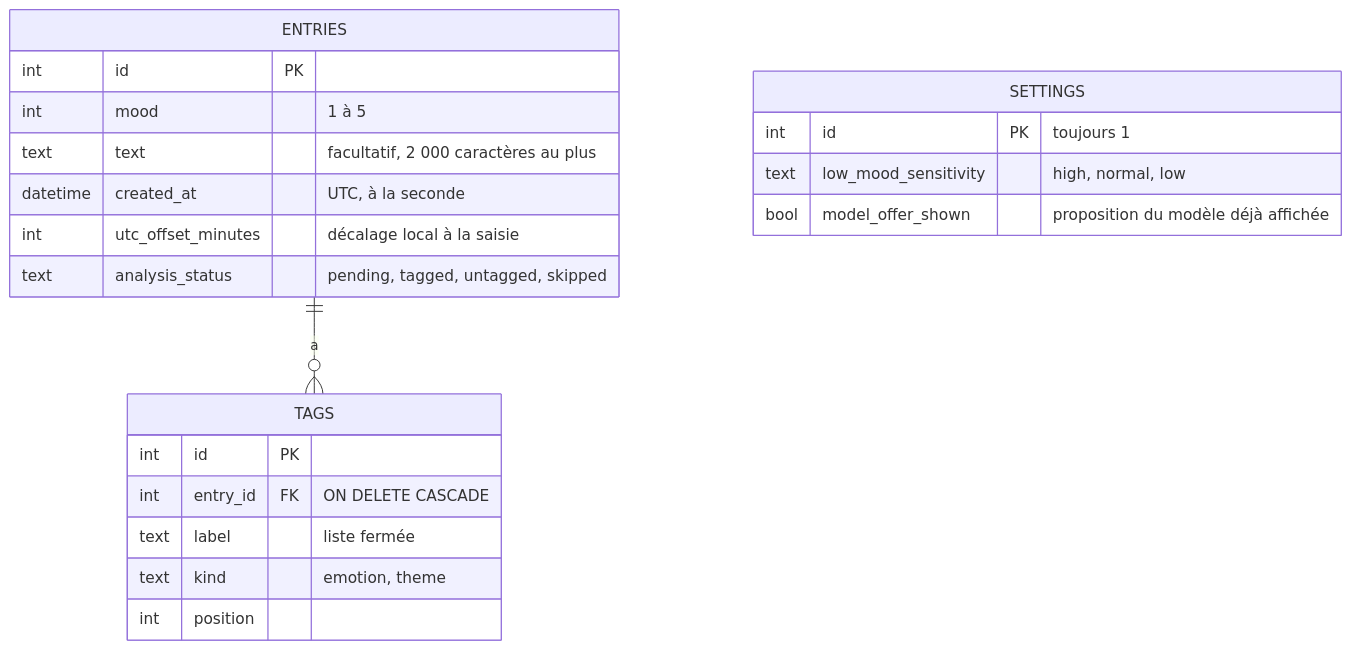
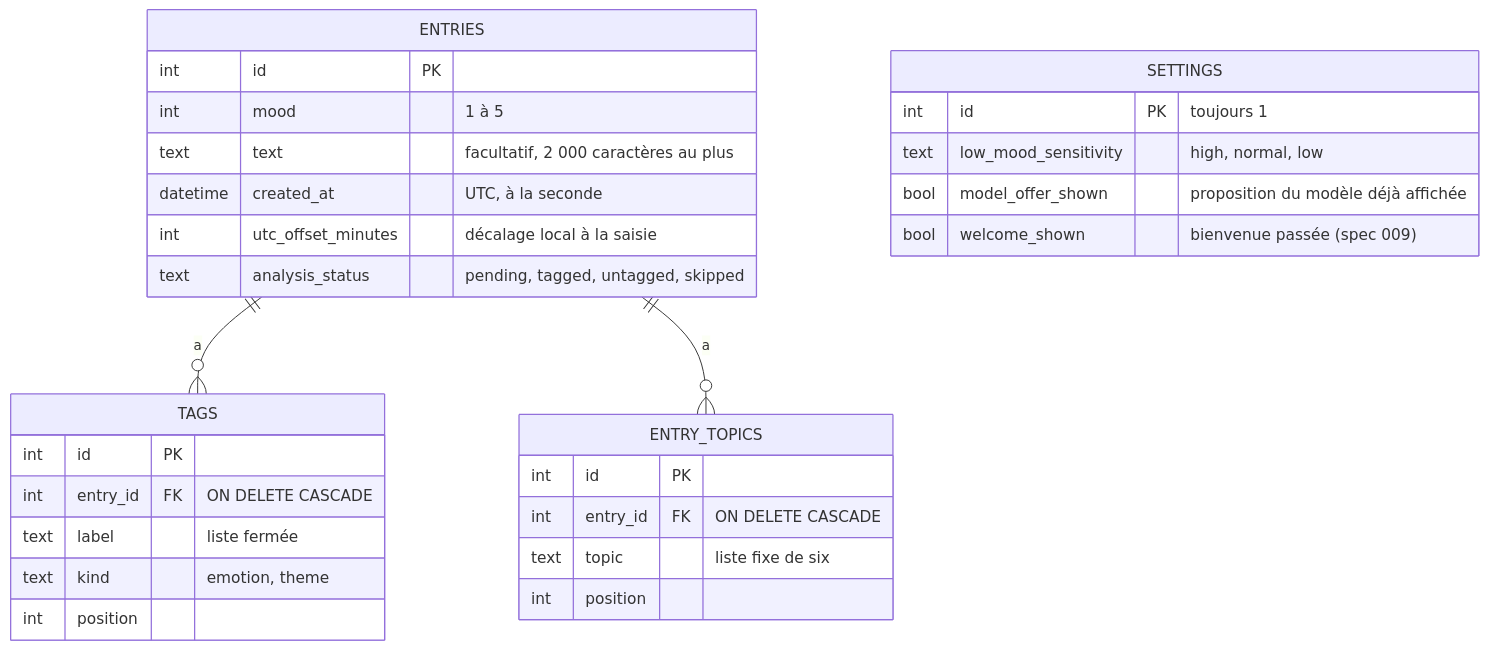
Before and after one commit to yanis-vroland/Tidemark: the second of 2 diagrams in docs/architecture-technique.md, drawn with Mermaid. The commit also changed other lines of this file and 28 other files, not shown here.

````diff
--- a/docs/architecture-technique.md
+++ b/docs/architecture-technique.md
@@ -45,24 +45,32 @@
 ```mermaid
 erDiagram
   ENTRIES {
     int id PK
     int mood "1 à 5"
     text text "facultatif, 2 000 caractères au plus"
     datetime created_at "UTC, à la seconde"
     int utc_offset_minutes "décalage local à la saisie"
     text analysis_status "pending, tagged, untagged, skipped"
   }
   TAGS {
     int id PK
     int entry_id FK "ON DELETE CASCADE"
     text label "liste fermée"
     text kind "emotion, theme"
     int position
   }
   ENTRIES ||--o{ TAGS : "a"
+  ENTRY_TOPICS {
+    int id PK
+    int entry_id FK "ON DELETE CASCADE"
+    text topic "liste fixe de six"
+    int position
+  }
+  ENTRIES ||--o{ ENTRY_TOPICS : "a"
   SETTINGS {
     int id PK "toujours 1"
     text low_mood_sensitivity "high, normal, low"
     bool model_offer_shown "proposition du modèle déjà affichée"
+    bool welcome_shown "bienvenue passée (spec 009)"
   }
 ```
````
